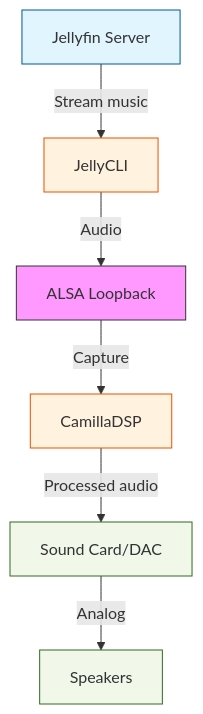
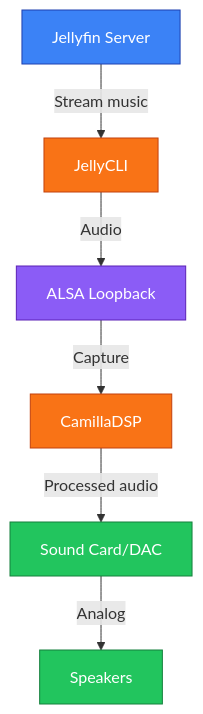
Before and after one commit to bkutasi/headless-camilladsp: the diagram in README.md, drawn with Mermaid.

Commit message:
Mermaid correction

````diff
--- a/README.md
+++ b/README.md
@@ -210,22 +210,23 @@
 ```mermaid
 flowchart TB
     JF[Jellyfin Server]
     JC[JellyCLI]
     LP[ALSA Loopback]
     CD[CamillaDSP]
     DAC[Sound Card/DAC]
     SP[Speakers]
 
     JF -->|"Stream music"| JC
     JC -->|"Audio"| LP
     LP -->|"Capture"| CD
     CD -->|"Processed audio"| DAC
     DAC -->|"Analog"| SP
 
-    style JF fill:#e1f5fe,stroke:#01579b
-    style JC fill:#fff3e0,stroke:#e65100
-    style LP fill:#f9f,stroke:#333
-    style CD fill:#fff3e0,stroke:#e65100
-    style DAC fill:#f1f8e9,stroke:#33691e
-    style SP fill:#f1f8e9,stroke:#33691e
+    style JF fill:#3b82f6,stroke:#1e40af,color:#ffffff
+    style JC fill:#f97316,stroke:#c2410c,color:#ffffff
+    style LP fill:#8b5cf6,stroke:#5b21b6,color:#ffffff
+    style CD fill:#f97316,stroke:#c2410c,color:#ffffff
+    style DAC fill:#22c55e,stroke:#15803d,color:#ffffff
+    style SP fill:#22c55e,stroke:#15803d,color:#ffffff
+
 ```
````
